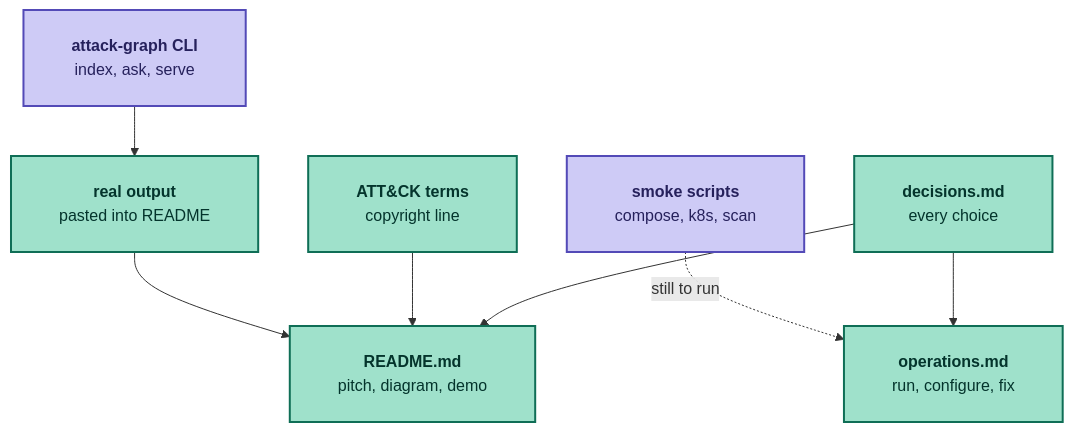
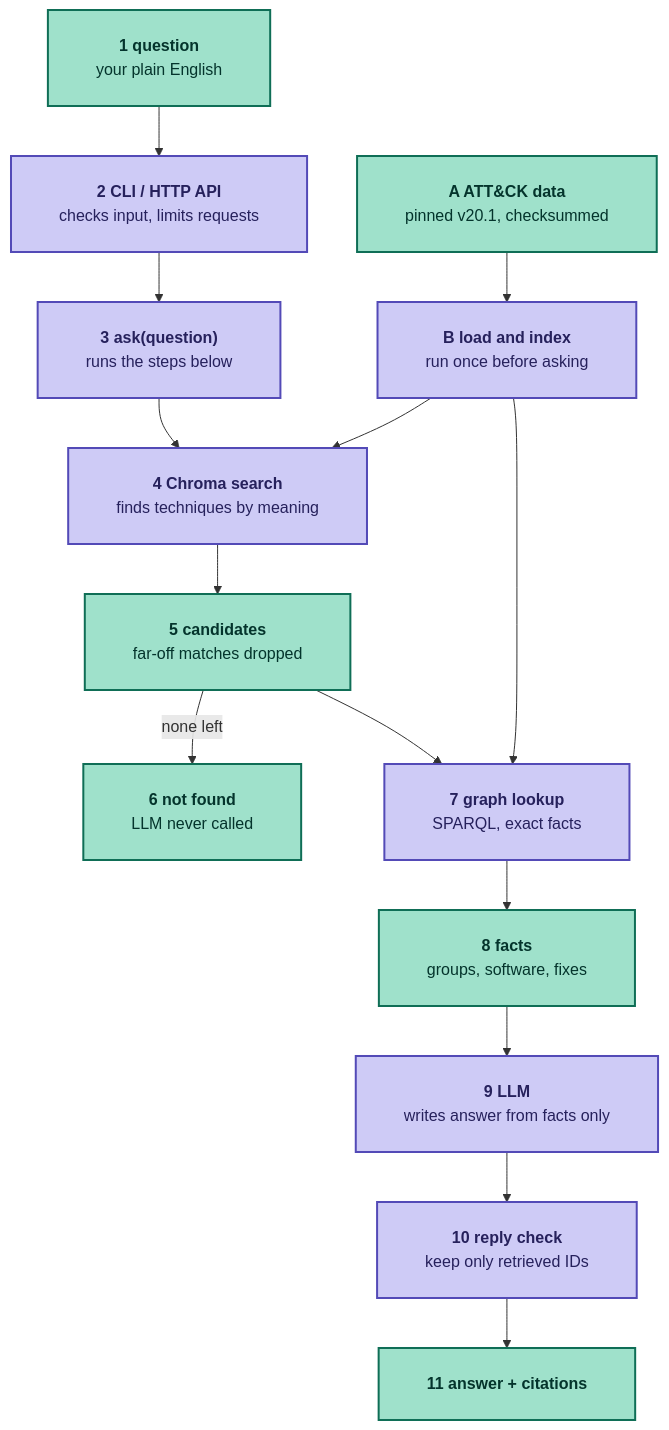
Before and after one commit to jbb-codes/attack-graph-rag: the diagram in docs/learning/issue-13-documentation.md, drawn with Mermaid. The commit also changed other lines of this file, not shown here.

Commit message:
docs(learning): show the pipeline diagram, steps and key terms on the issue 13 page
- replace the docs-process diagram with the numbered pipeline diagram
- add step list and key terms in plain English

Closes #13

````diff
--- a/docs/learning/issue-13-documentation.md
+++ b/docs/learning/issue-13-documentation.md
@@ -24,27 +26,38 @@
 ```mermaid
 ---
 config:
   flowchart:
     padding: 24
     wrappingWidth: 300
 ---
 flowchart TD
-  CLI["`**attack-graph CLI**
-  index, ask, serve`"] --> OUT["`**real output**
-  pasted into README`"]
-  OUT --> README["`**README.md**
-  pitch, diagram, demo`"]
-  OPS["`**operations.md**
-  run, configure, fix`"]
-  SMOKE["`**smoke scripts**
-  compose, k8s, scan`"] -.->|"still to run"| OPS
-  TERMS["`**ATT&CK terms**
-  copyright line`"] --> README
-  LOG["`**decisions.md**
-  every choice`"] --> README
-  LOG --> OPS
+  Q["`**1 question**
+  your plain English`"] --> API["`**2 CLI / HTTP API**
+  checks input, limits requests`"]
+  API --> ASK["`**3 ask(question)**
+  runs the steps below`"]
+  ASK --> VS["`**4 Chroma search**
+  finds techniques by meaning`"]
+  VS --> HITS["`**5 candidates**
+  far-off matches dropped`"]
+  HITS -->|none left| NF["`**6 not found**
+  LLM never called`"]
+  HITS --> GS["`**7 graph lookup**
+  SPARQL, exact facts`"]
+  GS --> FACTS["`**8 facts**
+  groups, software, fixes`"]
+  FACTS --> LLM["`**9 LLM**
+  writes answer from facts only`"]
+  LLM --> CHK["`**10 reply check**
+  keep only retrieved IDs`"]
+  CHK --> OUT["`**11 answer + citations**`"]
+  STIX["`**A ATT&CK data**
+  pinned v20.1, checksummed`"] --> LOAD["`**B load and index**
+  run once before asking`"]
+  LOAD --> GS
+  LOAD --> VS
   classDef data fill:#9FE1CB,stroke:#0F6E56,stroke-width:2px,color:#04342C
   classDef code fill:#CECBF6,stroke:#534AB7,stroke-width:2px,color:#26215C
-  class OUT,README,OPS,TERMS,LOG data
-  class CLI,SMOKE code
+  class Q,HITS,NF,FACTS,OUT,STIX data
+  class API,ASK,VS,GS,LLM,CHK,LOAD code
 ```
````
